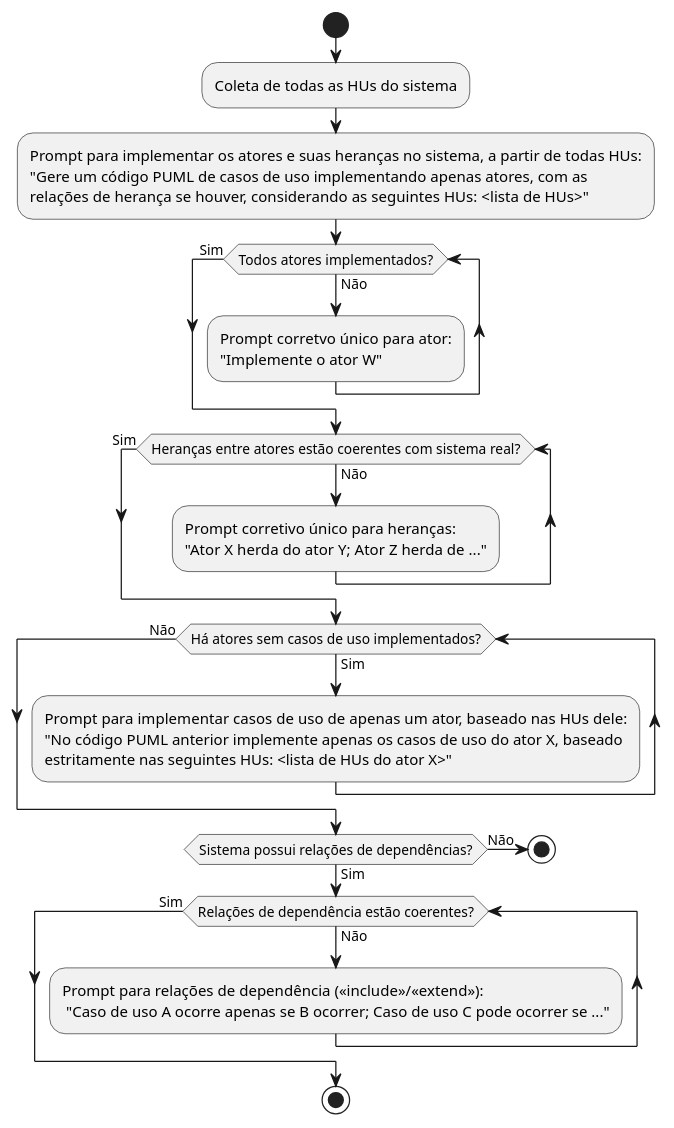
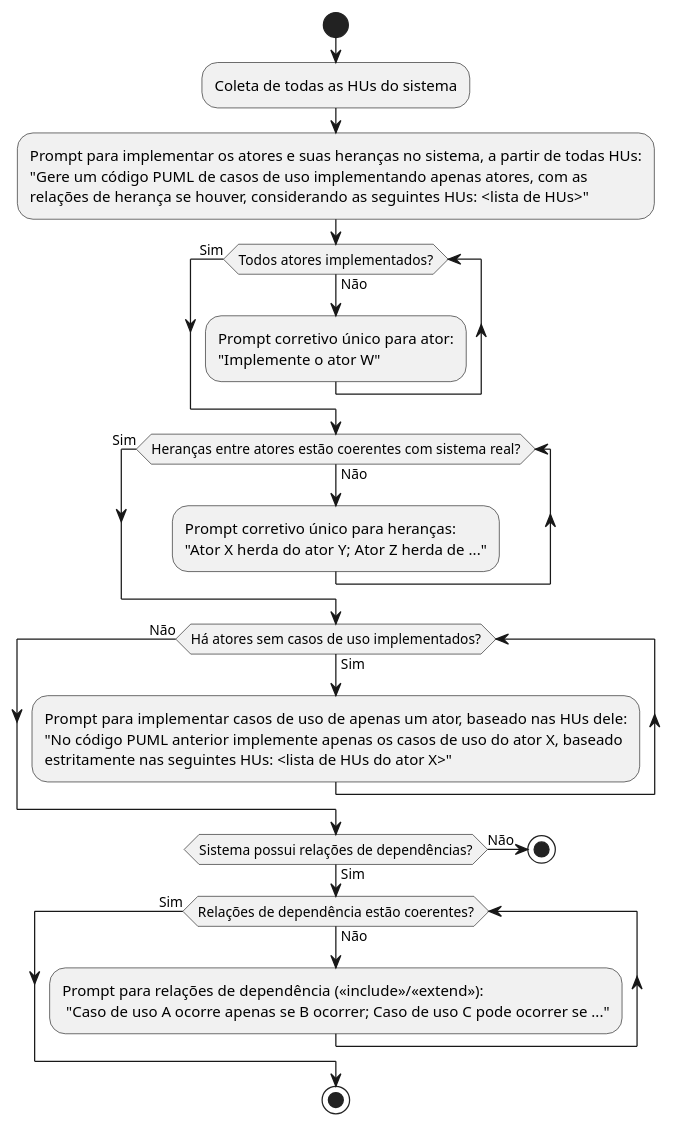
The diagram in DescricaoAtividadesRealizadas/FormalizacaoDiretrizes/diagAtividades-etapa3-casoUso.puml (carloshenriquehannas/TCC), drawn with PlantUML before and after one commit.

Commit message:
[FIX]: Texto da atividade - Prompt corretivo único para ator

```diff
--- a/DescricaoAtividadesRealizadas/FormalizacaoDiretrizes/diagAtividades-etapa3-casoUso.puml
+++ b/DescricaoAtividadesRealizadas/FormalizacaoDiretrizes/diagAtividades-etapa3-casoUso.puml
@@ -1,35 +1,35 @@
 @startuml diagAtividades-etapa3-casoUso
 
 skinparam linetype ortho
 skinparam shadowing false
 skinparam monochrome true
 
 start
 
 :Coleta de todas as HUs do sistema;
 :Prompt para implementar os atores e suas heranças no sistema, a partir de todas HUs:\n"Gere um código PUML de casos de uso implementando apenas atores, com as\nrelações de herança se houver, considerando as seguintes HUs: <lista de HUs>";
 
 while (Todos atores implementados?) is (Não)
-  :Prompt corretvo único para ator:\n"Implemente o ator W";
+  :Prompt corretivo único para ator:\n"Implemente o ator W";
 endwhile (Sim)
 
 ' Loop: coerência das heranças
 while (Heranças entre atores estão coerentes com sistema real?) is (Não)
   :Prompt corretivo único para heranças:\n"Ator X herda do ator Y; Ator Z herda de ...";
 endwhile (Sim)
 
 ' Implementação dos casos de uso por ator
 while (Há atores sem casos de uso implementados?) is (Sim)
   :Prompt para implementar casos de uso de apenas um ator, baseado nas HUs dele:\n"No código PUML anterior implemente apenas os casos de uso do ator X, baseado\nestritamente nas seguintes HUs: <lista de HUs do ator X>";
 endwhile (Não)
 
 if (Sistema possui relações de dependências?) then (Sim)
   
   while(Relações de dependência estão coerentes?) is (Não)
     :Prompt para relações de dependência («include»/«extend»):\n "Caso de uso A ocorre apenas se B ocorrer; Caso de uso C pode ocorrer se ...";
   endwhile (Sim)
   stop
 else (Não)
   stop
 
 @enduml
```
